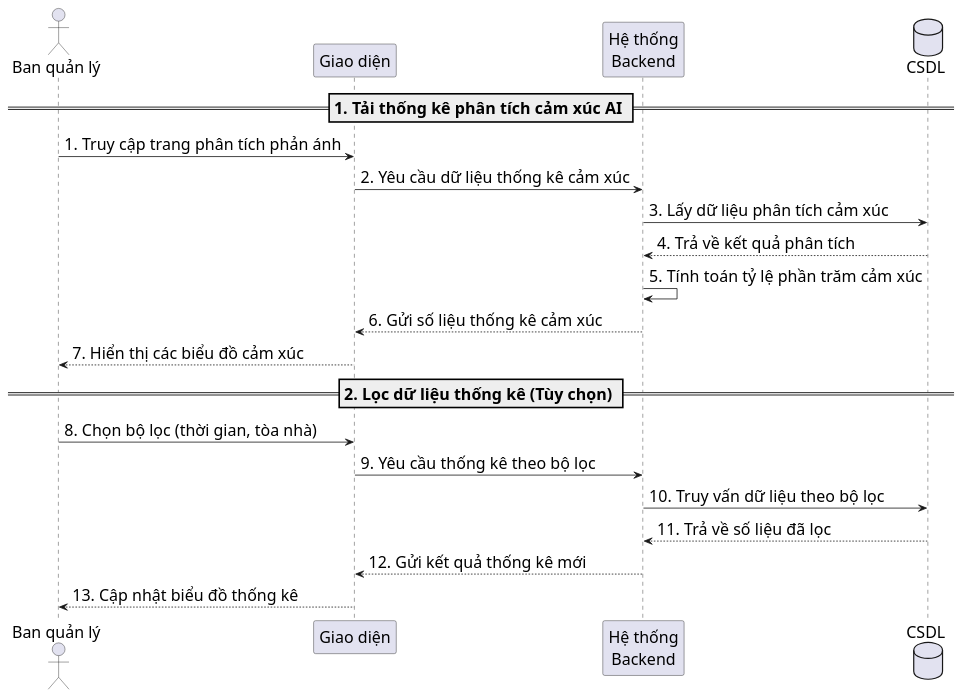
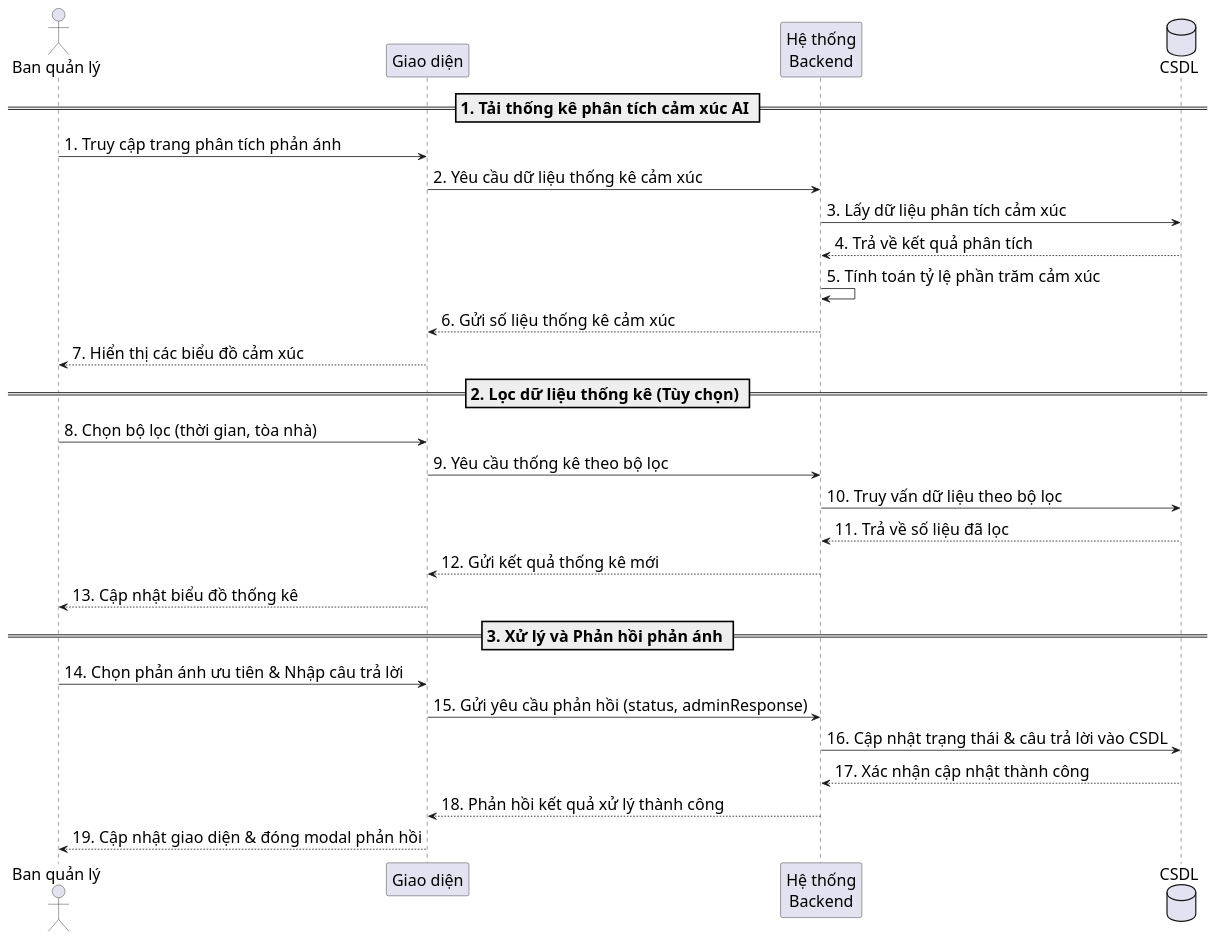
The diagram in diagrams/nhomphananh/feedback_sentiment_sequence.puml (s0nbuildtech287/dormitory-frontend), drawn with PlantUML before and after one commit.

Commit message:
sửa sequence

```diff
--- a/diagrams/nhomphananh/feedback_sentiment_sequence.puml
+++ b/diagrams/nhomphananh/feedback_sentiment_sequence.puml
@@ -1,27 +1,35 @@
 @startuml "Feedback Sentiment Sequence"
 skinparam defaultFontSize 20
 skinparam defaultFontName "Times New Roman"
 skinparam sequenceMessageSize 20
 
 actor "Ban quản lý" as Admin
 participant "Giao diện" as FE
 participant "Hệ thống\nBackend" as BE
 database "CSDL" as DB
 
 == 1. Tải thống kê phân tích cảm xúc AI ==
 Admin -> FE: 1. Truy cập trang phân tích phản ánh
 FE -> BE: 2. Yêu cầu dữ liệu thống kê cảm xúc
 BE -> DB: 3. Lấy dữ liệu phân tích cảm xúc
 DB --> BE: 4. Trả về kết quả phân tích
 BE -> BE: 5. Tính toán tỷ lệ phần trăm cảm xúc
 BE --> FE: 6. Gửi số liệu thống kê cảm xúc
 FE --> Admin: 7. Hiển thị các biểu đồ cảm xúc
 
 == 2. Lọc dữ liệu thống kê (Tùy chọn) ==
 Admin -> FE: 8. Chọn bộ lọc (thời gian, tòa nhà)
 FE -> BE: 9. Yêu cầu thống kê theo bộ lọc
 BE -> DB: 10. Truy vấn dữ liệu theo bộ lọc
 DB --> BE: 11. Trả về số liệu đã lọc
 BE --> FE: 12. Gửi kết quả thống kê mới
 FE --> Admin: 13. Cập nhật biểu đồ thống kê
+
+== 3. Xử lý và Phản hồi phản ánh ==
+Admin -> FE: 14. Chọn phản ánh ưu tiên & Nhập câu trả lời
+FE -> BE: 15. Gửi yêu cầu phản hồi (status, adminResponse)
+BE -> DB: 16. Cập nhật trạng thái & câu trả lời vào CSDL
+DB --> BE: 17. Xác nhận cập nhật thành công
+BE --> FE: 18. Phản hồi kết quả xử lý thành công
+FE --> Admin: 19. Cập nhật giao diện & đóng modal phản hồi
 @enduml
```
